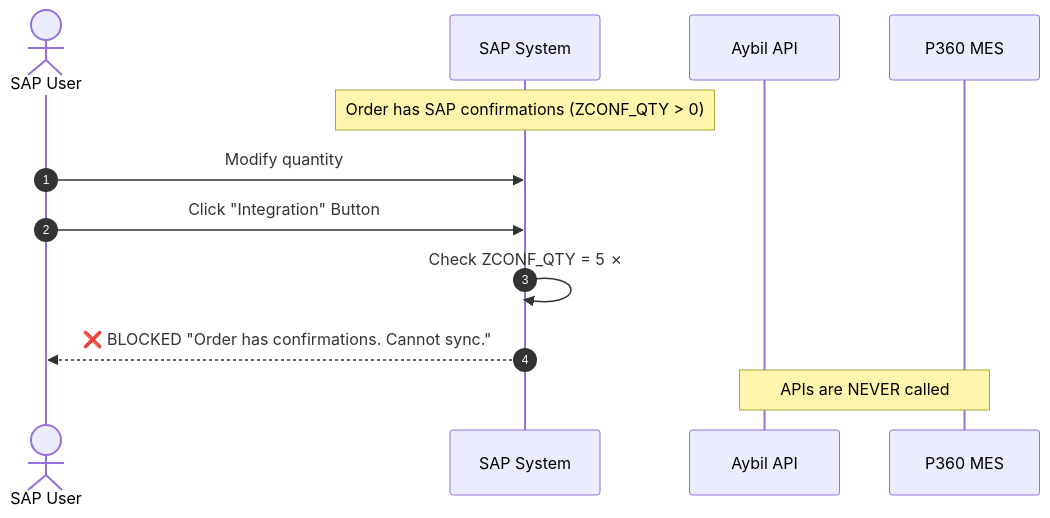
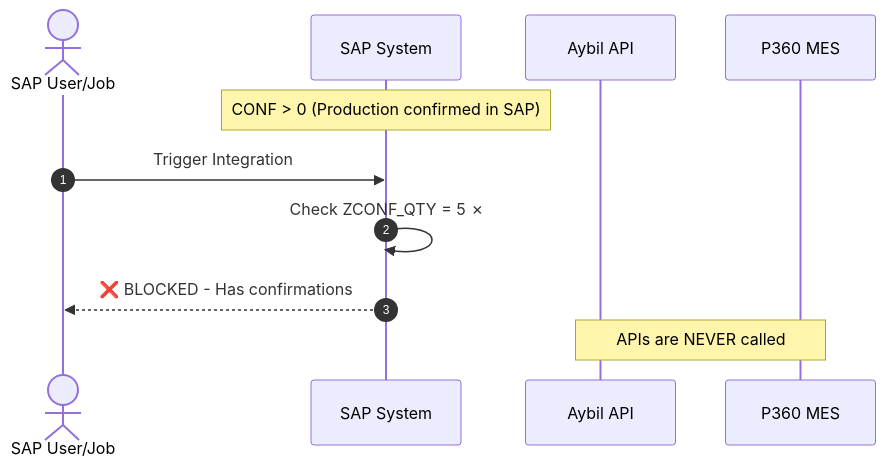
Before and after one commit to genciii/genciii: the fifth of 5 diagrams in P360_Order_Integration.md, drawn with Mermaid. The commit also changed other lines of this file, not shown here.

````diff
--- a/P360_Order_Integration.md
+++ b/P360_Order_Integration.md
@@ -422,19 +600,17 @@
 ```mermaid
 sequenceDiagram
     autonumber
-    actor User as SAP User
+    actor User as SAP User/Job
     participant SAP as SAP System
     participant Aybil as Aybil API
     participant P360 as P360 MES
 
-    Note over SAP: Order has SAP confirmations (ZCONF_QTY > 0)
+    Note over SAP: CONF > 0 (Production confirmed in SAP)
     
-    User->>SAP: Modify quantity
-    User->>SAP: Click "Integration" Button
-    
+    User->>SAP: Trigger Integration
     SAP->>SAP: Check ZCONF_QTY = 5 ✗
     
-    SAP-->>User: ❌ BLOCKED "Order has confirmations. Cannot sync."
+    SAP-->>User: ❌ BLOCKED - Has confirmations
     
     Note over Aybil,P360: APIs are NEVER called
 ```
````
